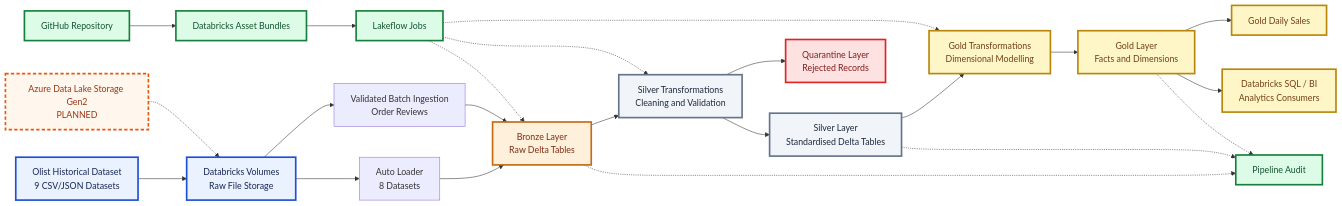
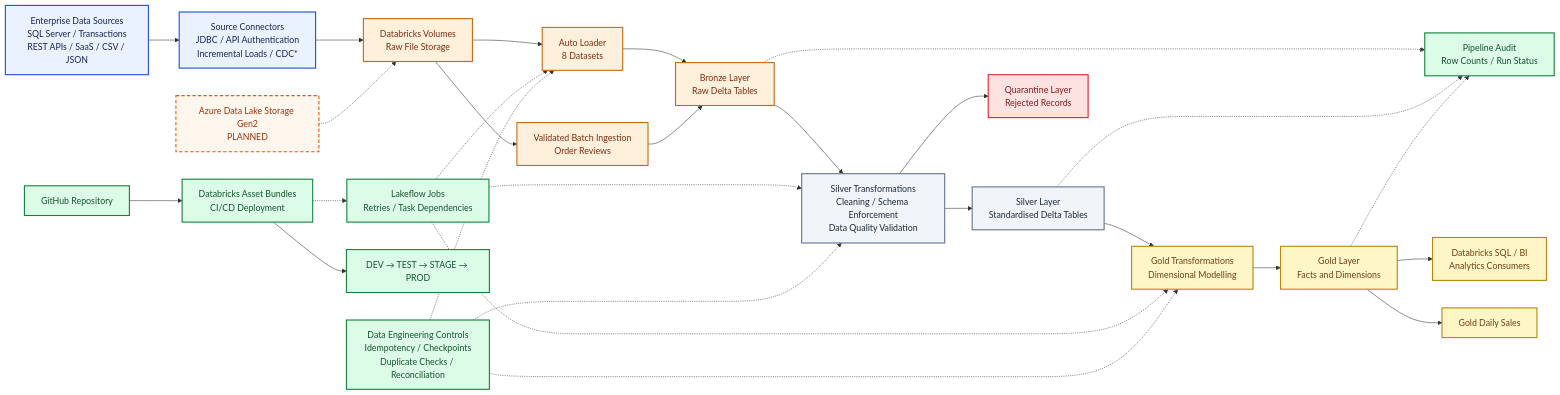
Before and after one commit to fay-cloud/databricks-ecommerce-lakehouse: the first of 2 diagrams in README.md, drawn with Mermaid. The commit also changed other lines of this file, not shown here.

Commit message:
Revise data flow diagram and architecture status
Updated the end-to-end data flow diagram and architecture status in README.md to reflect changes in data sources, ingestion methods, and planned integrations.

````diff
--- a/README.md
+++ b/README.md
@@ -7,49 +9,55 @@
 ```mermaid
 flowchart LR
-    A["Olist Historical Dataset<br/>9 CSV/JSON Datasets"] --> B["Databricks Volumes<br/>Raw File Storage"]
-    B --> C["Auto Loader<br/>8 Datasets"]
-    B --> D["Validated Batch Ingestion<br/>Order Reviews"]
+    A["Enterprise Data Sources<br/>SQL Server / Transactions<br/>REST APIs / SaaS / CSV / JSON"] --> B["Source Connectors<br/>JDBC / API Authentication<br/>Incremental Loads / CDC*"]
+    B --> C["Databricks Volumes<br/>Raw File Storage"]
+    Q["Azure Data Lake Storage Gen2<br/>PLANNED"] -.-> C
 
-    C --> E["Bronze Layer<br/>Raw Delta Tables"]
-    D --> E
+    C --> D["Auto Loader<br/>8 Datasets"]
+    C --> E["Validated Batch Ingestion<br/>Order Reviews"]
 
-    E --> F["Silver Transformations<br/>Cleaning and Validation"]
+    D --> F["Bronze Layer<br/>Raw Delta Tables"]
+    E --> F
 
-    F --> G["Silver Layer<br/>Standardised Delta Tables"]
-    F --> H["Quarantine Layer<br/>Rejected Records"]
+    F --> G["Silver Transformations<br/>Cleaning / Schema Enforcement<br/>Data Quality Validation"]
 
-    G --> I["Gold Transformations<br/>Dimensional Modelling"]
+    G --> H["Silver Layer<br/>Standardised Delta Tables"]
+    G --> I["Quarantine Layer<br/>Rejected Records"]
 
-    I --> J["Gold Layer<br/>Facts and Dimensions"]
-    J --> K["Gold Daily Sales"]
-    J --> L["Databricks SQL / BI<br/>Analytics Consumers"]
+    H --> J["Gold Transformations<br/>Dimensional Modelling"]
 
-    M["Lakeflow Jobs"] -.-> E
-    M -.-> F
-    M -.-> I
+    J --> K["Gold Layer<br/>Facts and Dimensions"]
+    K --> L["Gold Daily Sales"]
+    K --> M["Databricks SQL / BI<br/>Analytics Consumers"]
 
-    E -.-> N["Pipeline Audit"]
-    G -.-> N
-    J -.-> N
+    N["Lakeflow Jobs<br/>Retries / Task Dependencies"] -.-> D
+    N -.-> G
+    N -.-> J
 
-    O["GitHub Repository"] --> P["Databricks Asset Bundles"]
-    P --> M
+    F -.-> O["Pipeline Audit<br/>Row Counts / Run Status"]
+    H -.-> O
+    K -.-> O
 
-    Q["Azure Data Lake Storage Gen2<br/>PLANNED"] -.-> B
+    P["GitHub Repository"] --> R["Databricks Asset Bundles<br/>CI/CD Deployment"]
+    R --> S["DEV → TEST → STAGE → PROD"]
+    R -.-> N
 
-    classDef source fill:#eaf2ff,stroke:#1d4ed8,stroke-width:3px,color:#172554
-    classDef bronze fill:#fff0dc,stroke:#c46a12,stroke-width:3px,color:#7c2d12
-    classDef silver fill:#f1f5f9,stroke:#64748b,stroke-width:3px,color:#1e293b
-    classDef gold fill:#fff6c7,stroke:#b8860b,stroke-width:3px,color:#713f12
-    classDef quarantine fill:#fee2e2,stroke:#dc2626,stroke-width:3px,color:#7f1d1d
-    classDef ops fill:#dcfce7,stroke:#15803d,stroke-width:3px,color:#14532d
-    classDef planned fill:#fff7ed,stroke:#ea580c,stroke-width:3px,stroke-dasharray:6 4,color:#9a3412
+    T["Data Engineering Controls<br/>Idempotency / Checkpoints<br/>Duplicate Checks / Reconciliation"] -.-> D
+    T -.-> G
+    T -.-> J
+
+    classDef source fill:#eaf2ff,stroke:#1d4ed8,stroke-width:2px,color:#172554
+    classDef bronze fill:#fff0dc,stroke:#c46a12,stroke-width:2px,color:#7c2d12
+    classDef silver fill:#f1f5f9,stroke:#64748b,stroke-width:2px,color:#1e293b
+    classDef gold fill:#fff6c7,stroke:#b8860b,stroke-width:2px,color:#713f12
+    classDef quarantine fill:#fee2e2,stroke:#dc2626,stroke-width:2px,color:#7f1d1d
+    classDef ops fill:#dcfce7,stroke:#15803d,stroke-width:2px,color:#14532d
+    classDef planned fill:#fff7ed,stroke:#ea580c,stroke-width:2px,stroke-dasharray:6 4,color:#9a3412
 
     class A,B source
-    class E bronze
-    class F,G silver
-    class I,J,K,L gold
-    class H quarantine
-    class M,N,O,P ops
+    class C,D,E,F bronze
+    class G,H silver
+    class I quarantine
+    class J,K,L,M gold
+    class N,O,P,R,S,T ops
     class Q planned
 ```
````
